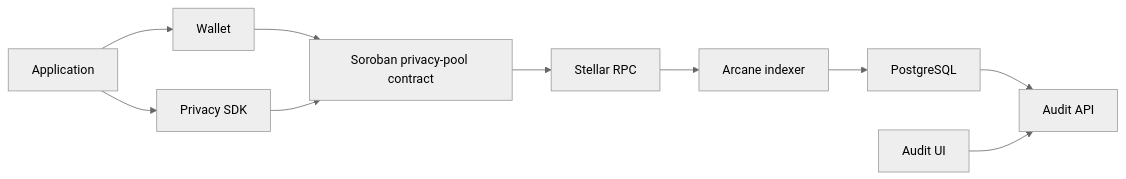
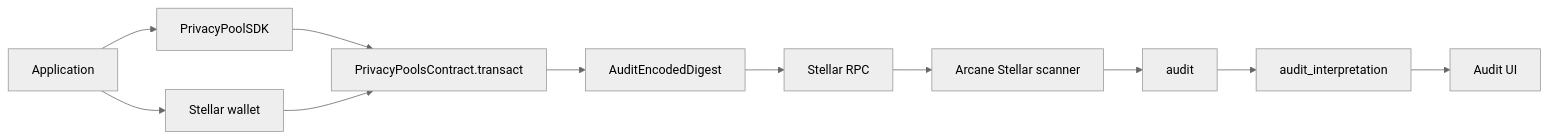
The diagram in integration/stellar-privacy-pool.mdx (Polynom-Labs/arcane-compliance-docs), drawn with Mermaid (neutral theme) before and after one commit. The commit also changed other lines of this file and 10 other files, not shown here.

Commit message:
Ground architecture docs in implementation

````diff
--- a/integration/stellar-privacy-pool.mdx
+++ b/integration/stellar-privacy-pool.mdx
@@ -19,22 +10,24 @@
 ```mermaid
 flowchart LR
   app["Application"]
-  wallet["Wallet"]
-  sdk["Privacy SDK"]
-  contract["Soroban privacy-pool contract"]
+  sdk["PrivacyPoolSDK"]
+  wallet["Stellar wallet"]
+  contract["PrivacyPoolsContract.transact"]
+  event["AuditEncodedDigest"]
   rpc["Stellar RPC"]
-  indexer["Arcane indexer"]
-  db["PostgreSQL"]
-  api["Audit API"]
+  scanner["Arcane Stellar scanner"]
+  audit["audit"]
+  interpreted["audit_interpretation"]
   ui["Audit UI"]
 
+  app --> sdk
   app --> wallet
-  app --> sdk
+  sdk --> contract
   wallet --> contract
-  sdk --> contract
-  contract --> rpc
-  rpc --> indexer
-  indexer --> db
-  db --> api
-  ui --> api
+  contract --> event
+  event --> rpc
+  rpc --> scanner
+  scanner --> audit
+  audit --> interpreted
+  interpreted --> ui
 ```
````
